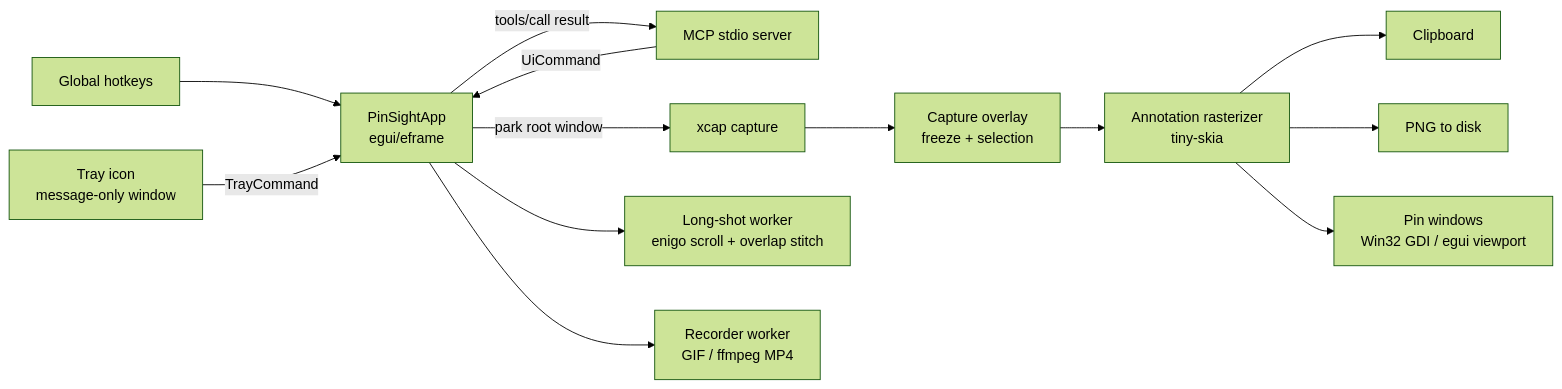
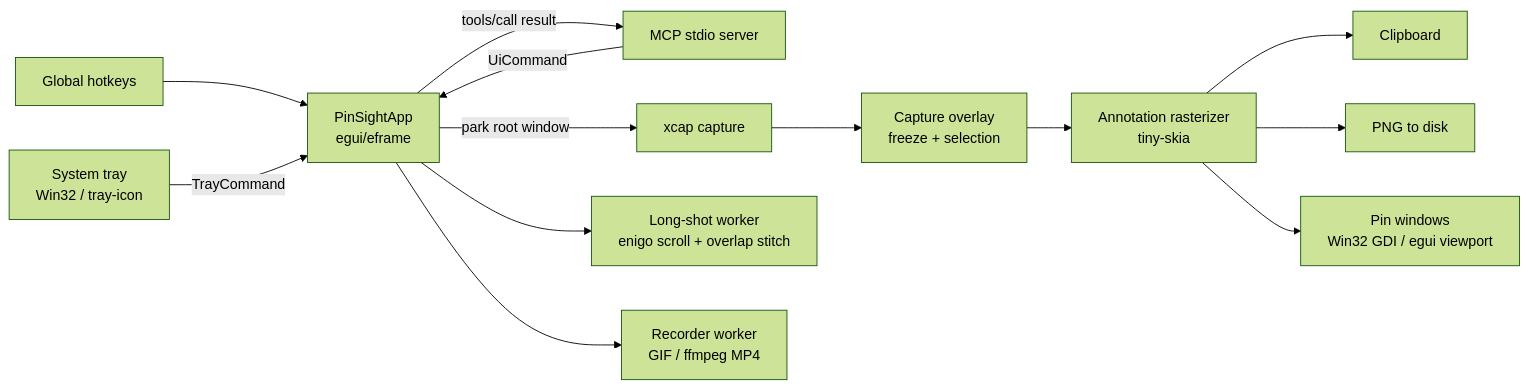
The diagram in README.md (yiqiui/PinSight), drawn with Mermaid (forest theme) before and after one commit. The commit also changed other lines of this file and 5 other files, not shown here.

````diff
--- a/README.md
+++ b/README.md
@@ -458,15 +430,15 @@
 ```mermaid
 flowchart LR
     HK[Global hotkeys] --> APP[PinSightApp<br/>egui/eframe]
-    TRAY[Tray icon<br/>message-only window] -->|TrayCommand| APP
+    TRAY[System tray<br/>Win32 / tray-icon] -->|TrayCommand| APP
     MCP[MCP stdio server] -->|UiCommand| APP
     APP -->|park root window| CAP[xcap capture]
     CAP --> OVL[Capture overlay<br/>freeze + selection]
     OVL --> ANN[Annotation rasterizer<br/>tiny-skia]
     ANN --> CLIP[Clipboard]
     ANN --> SAVE[PNG to disk]
     ANN --> PIN[Pin windows<br/>Win32 GDI / egui viewport]
     APP --> LONG[Long-shot worker<br/>enigo scroll + overlap stitch]
     APP --> REC[Recorder worker<br/>GIF / ffmpeg MP4]
     APP -->|tools/call result| MCP
 ```
````
